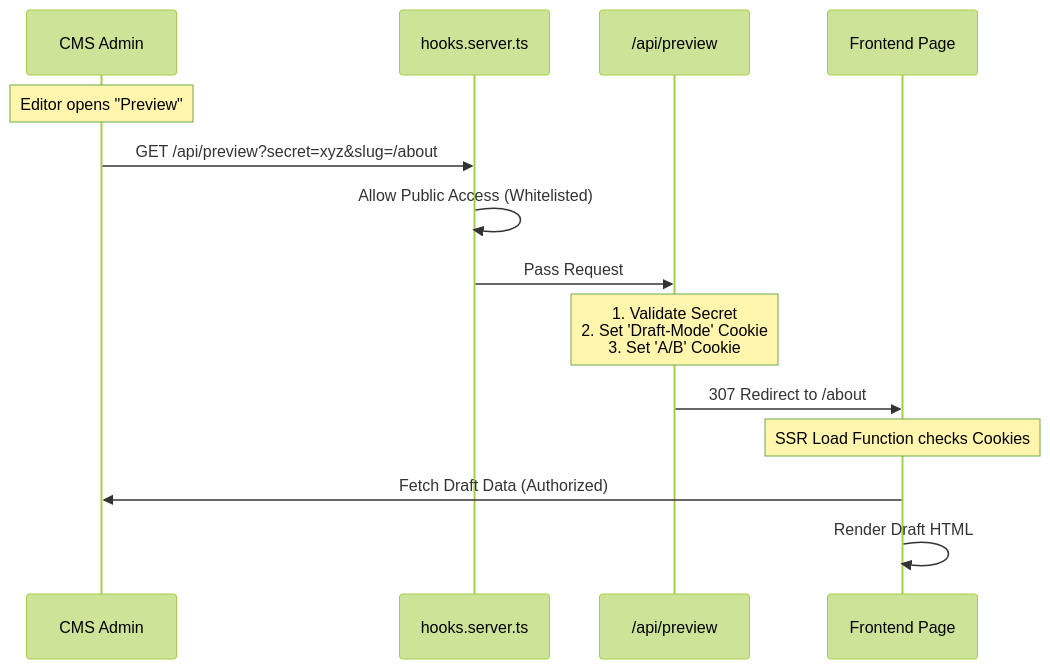
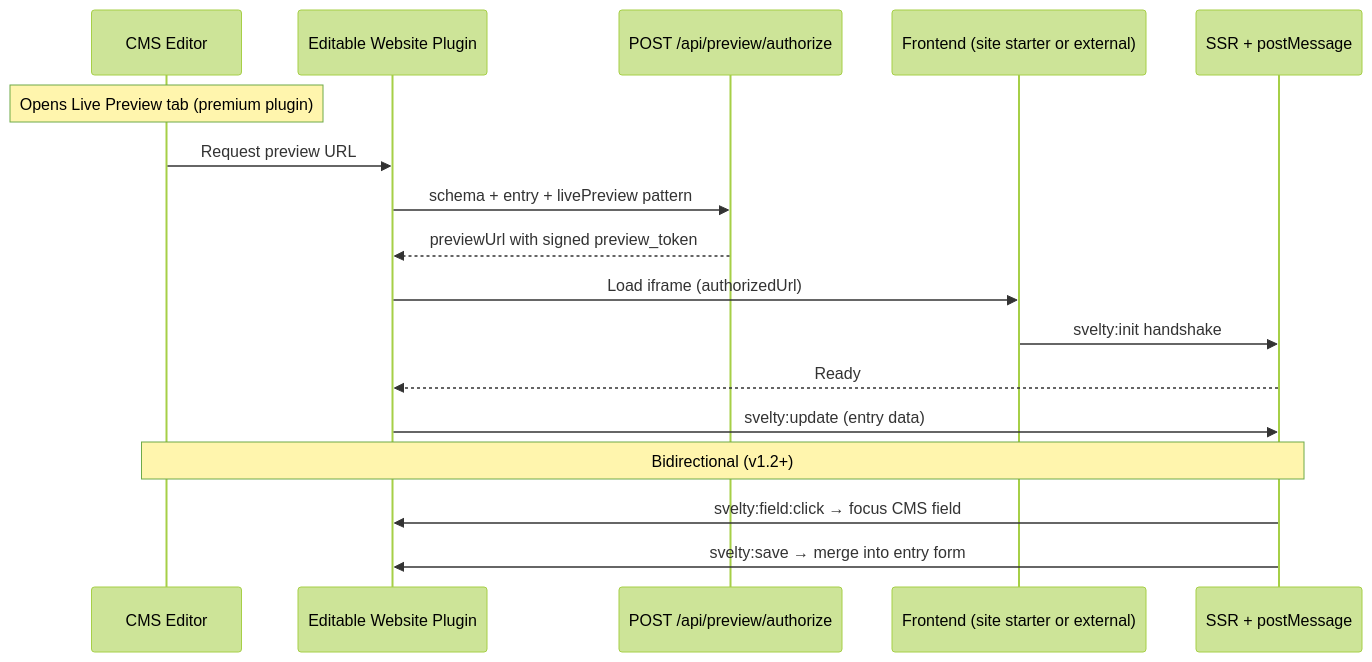
Before and after one commit to SveltyCMS/SveltyCMS: the diagram in docs/reference/architecture/live-preview-architecture.mdx, drawn with Mermaid (forest theme). The commit also changed other lines of this file and 150 other files, not shown here.

First line of the commit message:
feat: media DAM UI, site starter, and type-check cleanup

````diff
--- a/docs/reference/architecture/live-preview-architecture.mdx
+++ b/docs/reference/architecture/live-preview-architecture.mdx
@@ -34,22 +46,23 @@
 ```mermaid
 sequenceDiagram
-    participant Admin as CMS Admin
-    participant Middleware as hooks.server.ts
-    participant API as /api/preview
-    participant Page as Frontend Page
+    participant Editor as CMS Editor
+    participant Plugin as Editable Website Plugin
+    participant Auth as POST /api/preview/authorize
+    participant IFrame as Frontend (site starter or external)
+    participant Page as SSR + postMessage
 
-    Note over Admin: Editor opens "Preview"
+    Note over Editor: Opens Live Preview tab (premium plugin)
 
-    Admin->>Middleware: GET /api/preview?secret=xyz&slug=/about
+    Editor->>Plugin: Request preview URL
+    Plugin->>Auth: schema + entry + livePreview pattern
+    Auth-->>Plugin: previewUrl with signed preview_token
+    Plugin->>IFrame: Load iframe (authorizedUrl)
 
-    Middleware->>Middleware: Allow Public Access (Whitelisted)
-    Middleware->>API: Pass Request
+    IFrame->>Page: svelty:init handshake
+    Page-->>Plugin: Ready
+    Plugin->>Page: svelty:update (entry data)
 
-    Note over API: 1. Validate Secret<br/>2. Set 'Draft-Mode' Cookie<br/>3. Set 'A/B' Cookie
-
-    API->>Page: 307 Redirect to /about
-
-    Note over Page: SSR Load Function checks Cookies
-    Page->>Admin: Fetch Draft Data (Authorized)
-    Page->>Page: Render Draft HTML
+    Note over Editor,Page: Bidirectional (v1.2+)
+    Page->>Plugin: svelty:field:click → focus CMS field
+    Page->>Plugin: svelty:save → merge into entry form
 ```
````
